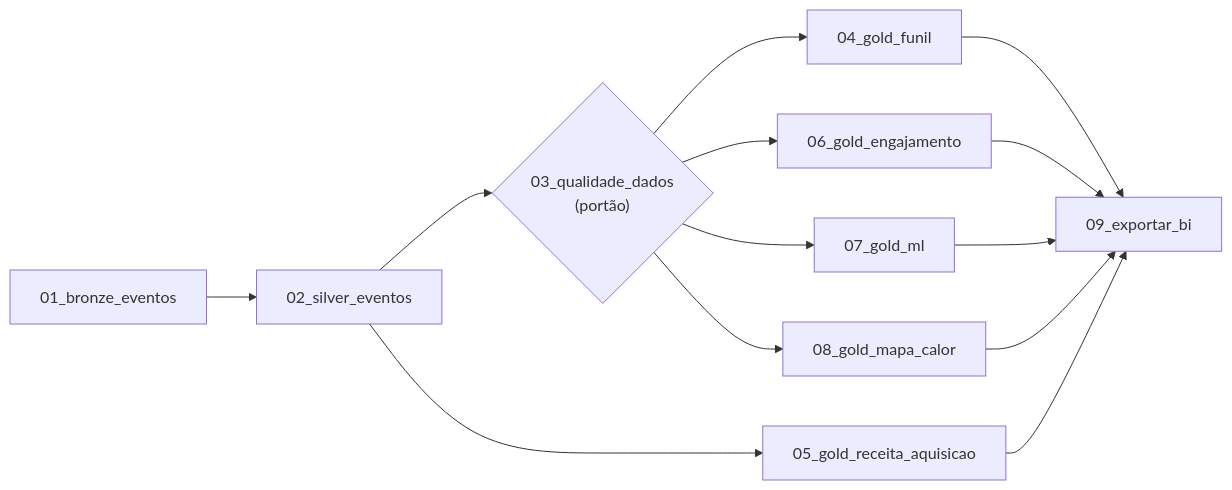
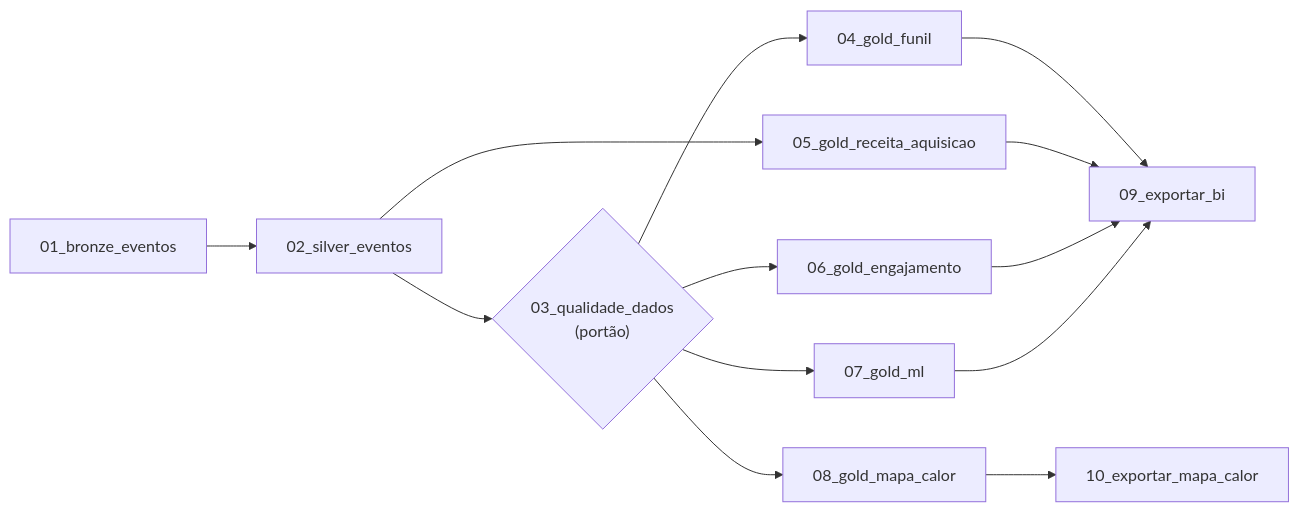
The diagram in datalake/workflows/README.md (danieltanjos/SolarVision), drawn with Mermaid before and after one commit. The commit also changed other lines of this file and 5 other files, not shown here.

Commit message:
docs(datalake): exportação do mapa de calor como etapa própria nos guias e no enunciado

````diff
--- a/datalake/workflows/README.md
+++ b/datalake/workflows/README.md
@@ -26,11 +27,12 @@
 ```mermaid
 flowchart LR
     b["01_bronze_eventos"] --> s["02_silver_eventos"]
     s --> q{"03_qualidade_dados<br/>(portão)"}
     s --> r["05_gold_receita_aquisicao"]
     q --> f["04_gold_funil"]
     q --> e["06_gold_engajamento"]
     q --> m["07_gold_ml"]
     q --> c["08_gold_mapa_calor"]
-    f & r & e & m & c --> x["09_exportar_bi"]
+    f & r & e & m --> x["09_exportar_bi"]
+    c --> xm["10_exportar_mapa_calor"]
 ```
````
